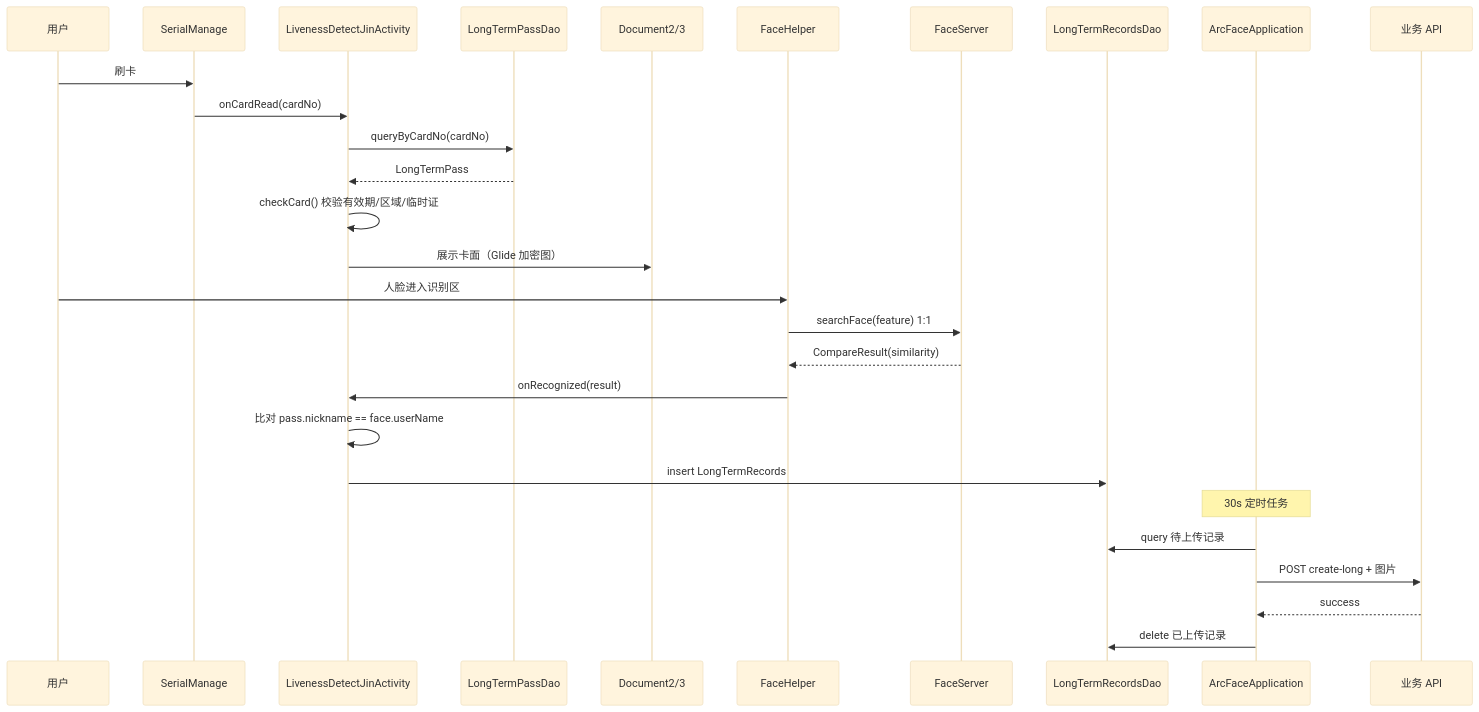
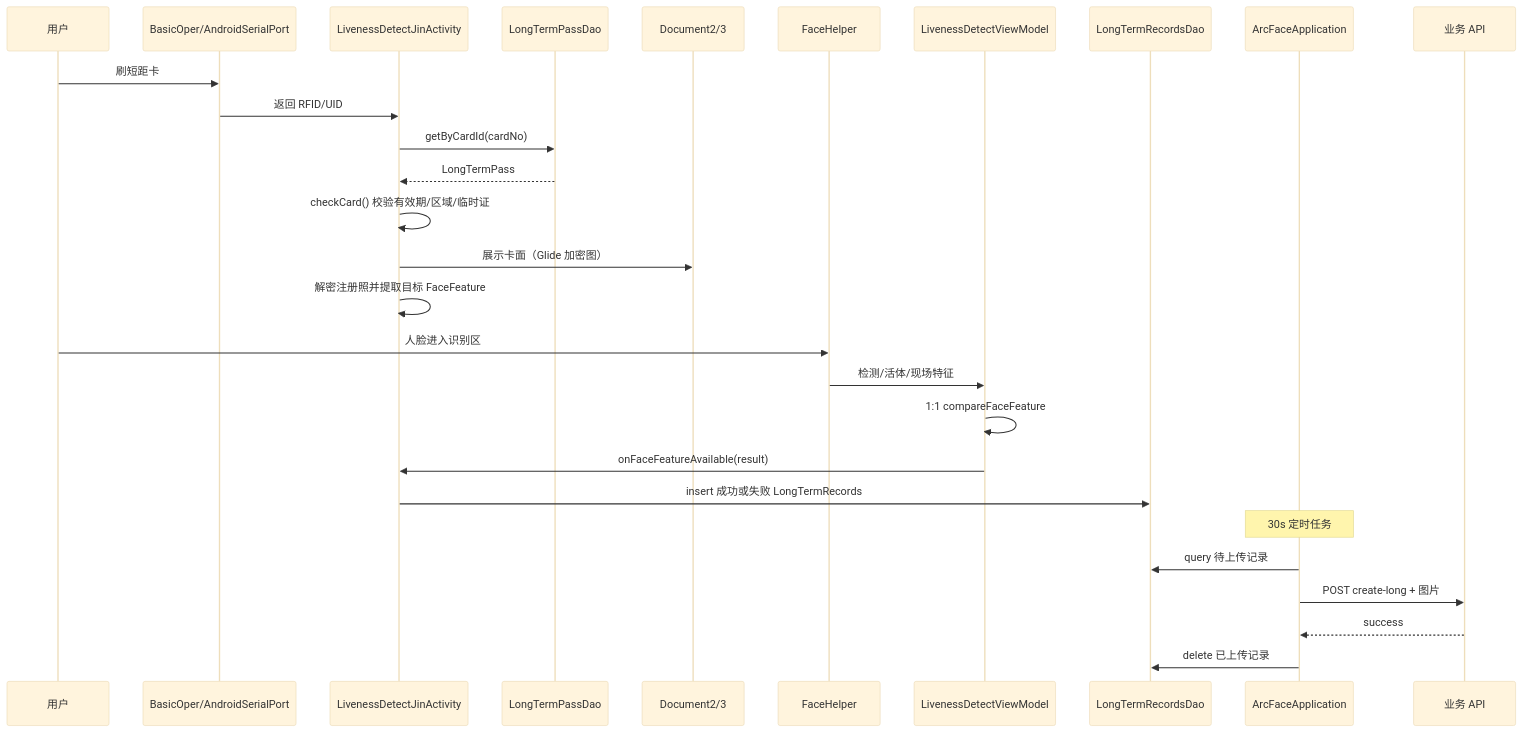
One commit to aniu7532/airport-face changed the second of 8 diagrams in refactor/04-data-flow-and-interactions.md. Above: the diagram before and after it, drawn with Mermaid (base theme). The commit also changed other lines of this file and 7 other files, not shown here.

````diff
--- a/refactor/04-data-flow-and-interactions.md
+++ b/refactor/04-data-flow-and-interactions.md
@@ -46,31 +46,31 @@
 ```mermaid
 sequenceDiagram
     participant User as 用户
-    participant Serial as SerialManage
+    participant Reader as BasicOper/AndroidSerialPort
     participant Act as LivenessDetectJinActivity
     participant DAO as LongTermPassDao
     participant Doc as Document2/3
     participant FH as FaceHelper
-    participant FS as FaceServer
+    participant VM as LivenessDetectViewModel
     participant Rec as LongTermRecordsDao
     participant App as ArcFaceApplication
     participant API as 业务 API
 
-    User->>Serial: 刷卡
-    Serial->>Act: onCardRead(cardNo)
-    Act->>DAO: queryByCardNo(cardNo)
+    User->>Reader: 刷短距卡
+    Reader->>Act: 返回 RFID/UID
+    Act->>DAO: getByCardId(cardNo)
     DAO-->>Act: LongTermPass
     Act->>Act: checkCard() 校验有效期/区域/临时证
     Act->>Doc: 展示卡面（Glide 加密图）
+    Act->>Act: 解密注册照并提取目标 FaceFeature
     User->>FH: 人脸进入识别区
-    FH->>FS: searchFace(feature) 1:1
-    FS-->>FH: CompareResult(similarity)
-    FH->>Act: onRecognized(result)
-    Act->>Act: 比对 pass.nickname == face.userName
-    Act->>Rec: insert LongTermRecords
+    FH->>VM: 检测/活体/现场特征
+    VM->>VM: 1:1 compareFaceFeature
+    VM->>Act: onFaceFeatureAvailable(result)
+    Act->>Rec: insert 成功或失败 LongTermRecords
     Note over App: 30s 定时任务
     App->>Rec: query 待上传记录
     App->>API: POST create-long + 图片
     API-->>App: success
     App->>Rec: delete 已上传记录
 ```
````
